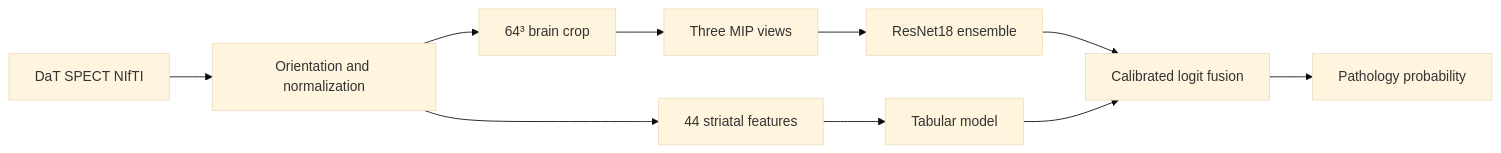
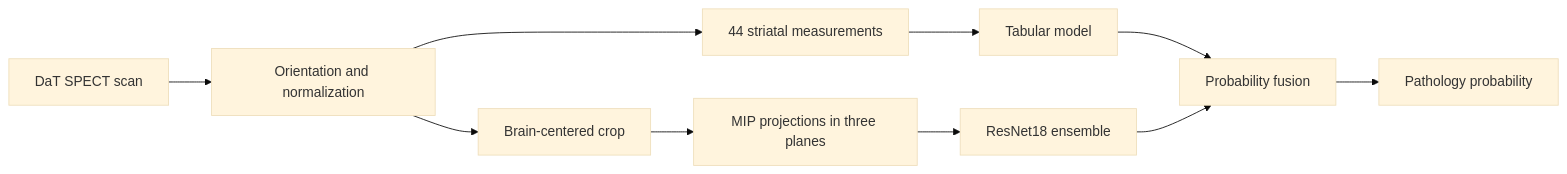
One commit to RiccardoGenco/dat-spect-parkinson-classification changed the diagram in README.md. Above: the diagram before and after it, drawn with Mermaid (base theme). The commit also changed other lines of this file and 1 other file, not shown here.

````diff
--- a/README.md
+++ b/README.md
@@ -15,12 +13,12 @@
 ```mermaid
 flowchart LR
-    A[DaT SPECT NIfTI] --> B[Orientation and normalization]
-    B --> C[44 striatal features]
-    B --> D[64³ brain crop]
-    D --> E[Three MIP views]
-    E --> F[ResNet18 ensemble]
-    C --> G[Tabular model]
-    F --> H[Calibrated logit fusion]
+    A[DaT SPECT scan] --> B[Orientation and normalization]
+    B --> C[44 striatal measurements]
+    B --> D[Brain-centered crop]
+    D --> E[MIP projections in three planes]
+    C --> F[Tabular model]
+    E --> G[ResNet18 ensemble]
+    F --> H[Probability fusion]
     G --> H
     H --> I[Pathology probability]
 ```
````
